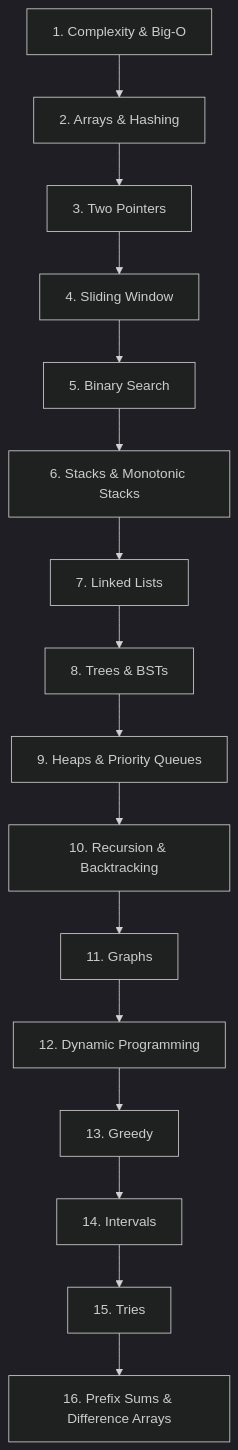
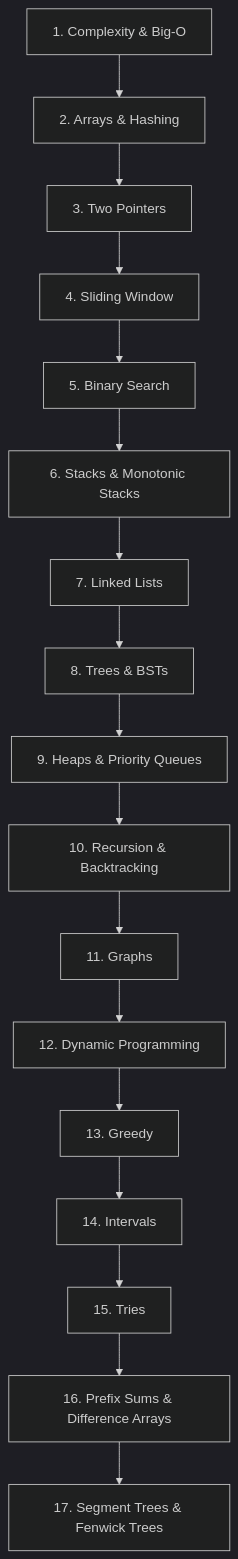
One commit to bergsonvalencia/algo changed the fifth of 5 diagrams in content/algorithms/algorithm-patterns-index-reviewer.md. Above: the diagram before and after it, drawn with Mermaid (dark theme). The commit also changed other lines of this file and 10 other files, not shown here.

First line of the commit message:
Deploy MST + Segment Tree/Fenwick reviewers and visualizations

````diff
--- a/content/algorithms/algorithm-patterns-index-reviewer.md
+++ b/content/algorithms/algorithm-patterns-index-reviewer.md
@@ -273,18 +560,19 @@
 ```mermaid
 flowchart TD
     C["1. Complexity &amp; Big-O"] --> AH["2. Arrays &amp; Hashing"]
     AH --> TP["3. Two Pointers"]
     TP --> SW["4. Sliding Window"]
     SW --> BS["5. Binary Search"]
     BS --> ST["6. Stacks &amp; Monotonic Stacks"]
     ST --> LL["7. Linked Lists"]
     LL --> TR["8. Trees &amp; BSTs"]
     TR --> HP["9. Heaps &amp; Priority Queues"]
     HP --> RB["10. Recursion &amp; Backtracking"]
     RB --> GR["11. Graphs"]
     GR --> DP["12. Dynamic Programming"]
     DP --> GD["13. Greedy"]
     GD --> IN["14. Intervals"]
     IN --> TI["15. Tries"]
     TI --> PS["16. Prefix Sums &amp; Difference Arrays"]
+    PS --> SF["17. Segment Trees &amp; Fenwick Trees"]
 ```
````
